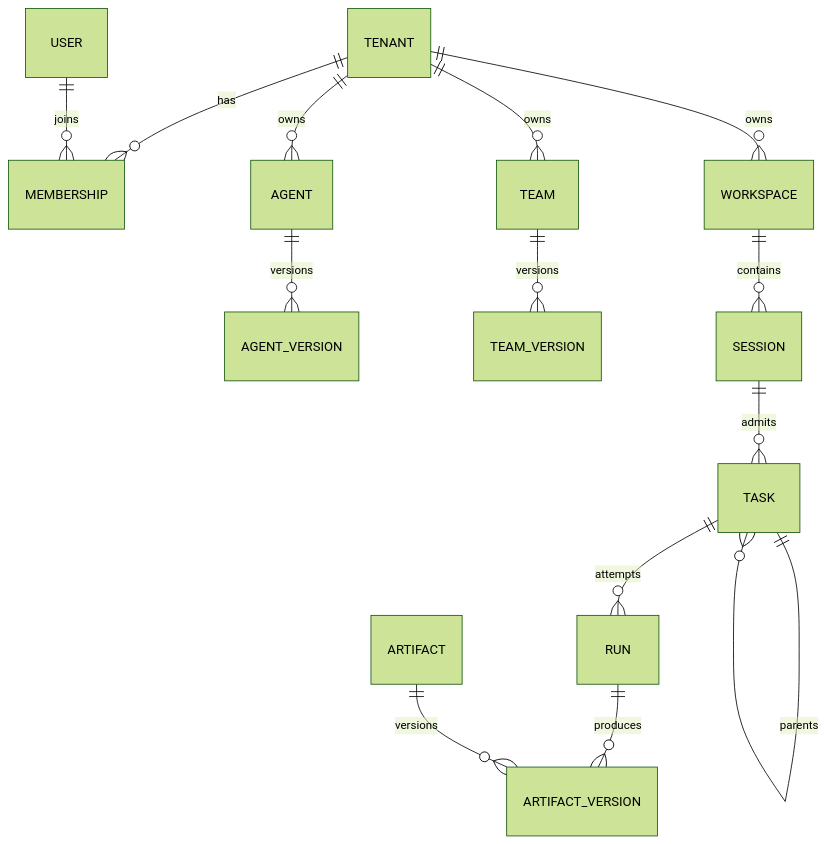
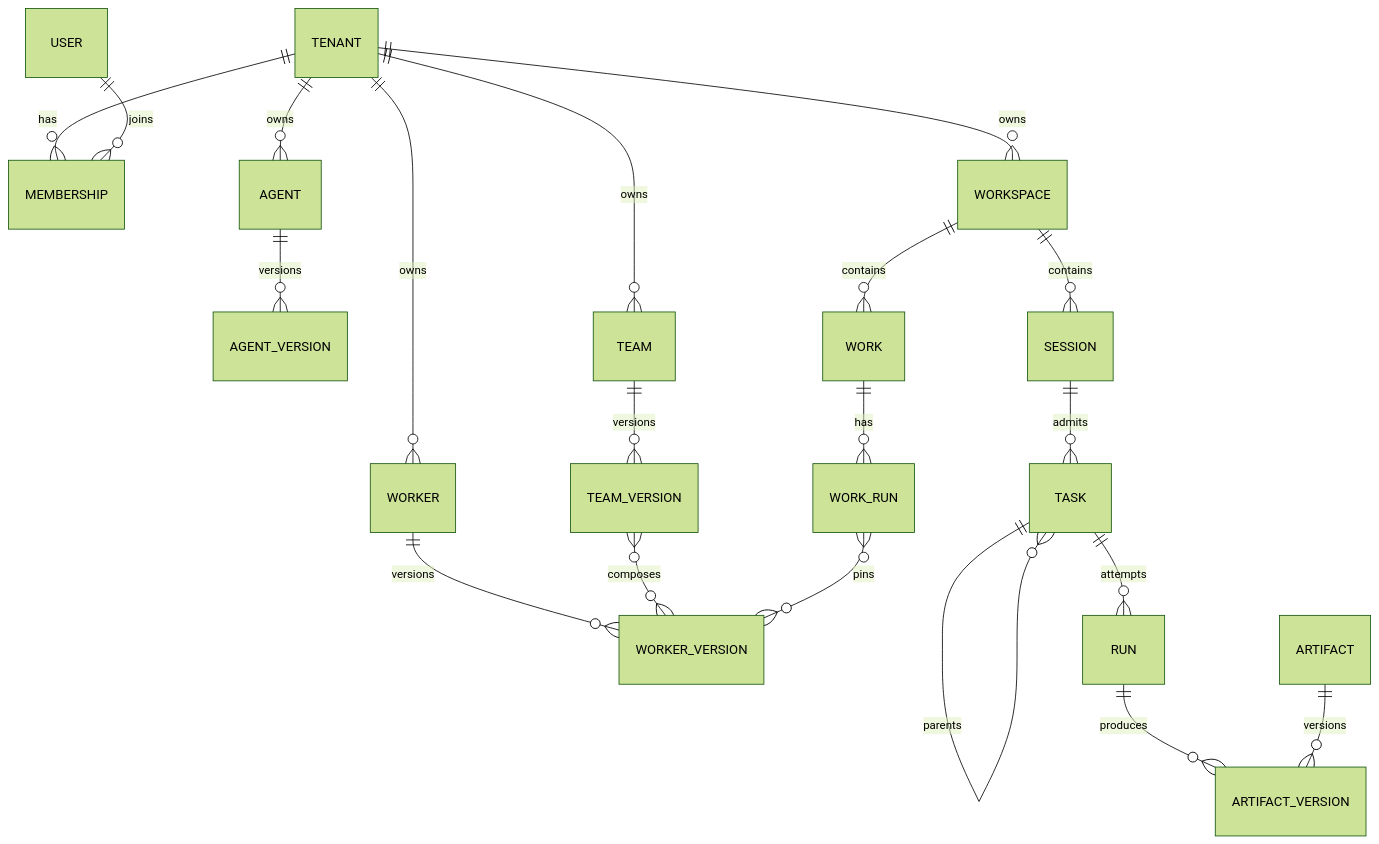
One commit to atomlink-ye/agent-server changed the diagram in docs/architecture/domain-model.md. Above: the diagram before and after it, drawn with Mermaid (forest theme). The commit also changed other lines of this file and 8 other files, not shown here.

````diff
--- a/docs/architecture/domain-model.md
+++ b/docs/architecture/domain-model.md
@@ -5,16 +5,22 @@
 ```mermaid
 erDiagram
     TENANT ||--o{ MEMBERSHIP : has
     USER ||--o{ MEMBERSHIP : joins
     TENANT ||--o{ AGENT : owns
     AGENT ||--o{ AGENT_VERSION : versions
+    TENANT ||--o{ WORKER : owns
+    WORKER ||--o{ WORKER_VERSION : versions
     TENANT ||--o{ TEAM : owns
     TEAM ||--o{ TEAM_VERSION : versions
+    TEAM_VERSION }o--o{ WORKER_VERSION : composes
     TENANT ||--o{ WORKSPACE : owns
+    WORKSPACE ||--o{ WORK : contains
+    WORK ||--o{ WORK_RUN : has
+    WORK_RUN }o--o{ WORKER_VERSION : pins
     WORKSPACE ||--o{ SESSION : contains
     SESSION ||--o{ TASK : admits
     TASK ||--o{ TASK : parents
     TASK ||--o{ RUN : attempts
     RUN ||--o{ ARTIFACT_VERSION : produces
     ARTIFACT ||--o{ ARTIFACT_VERSION : versions
 ```
````
